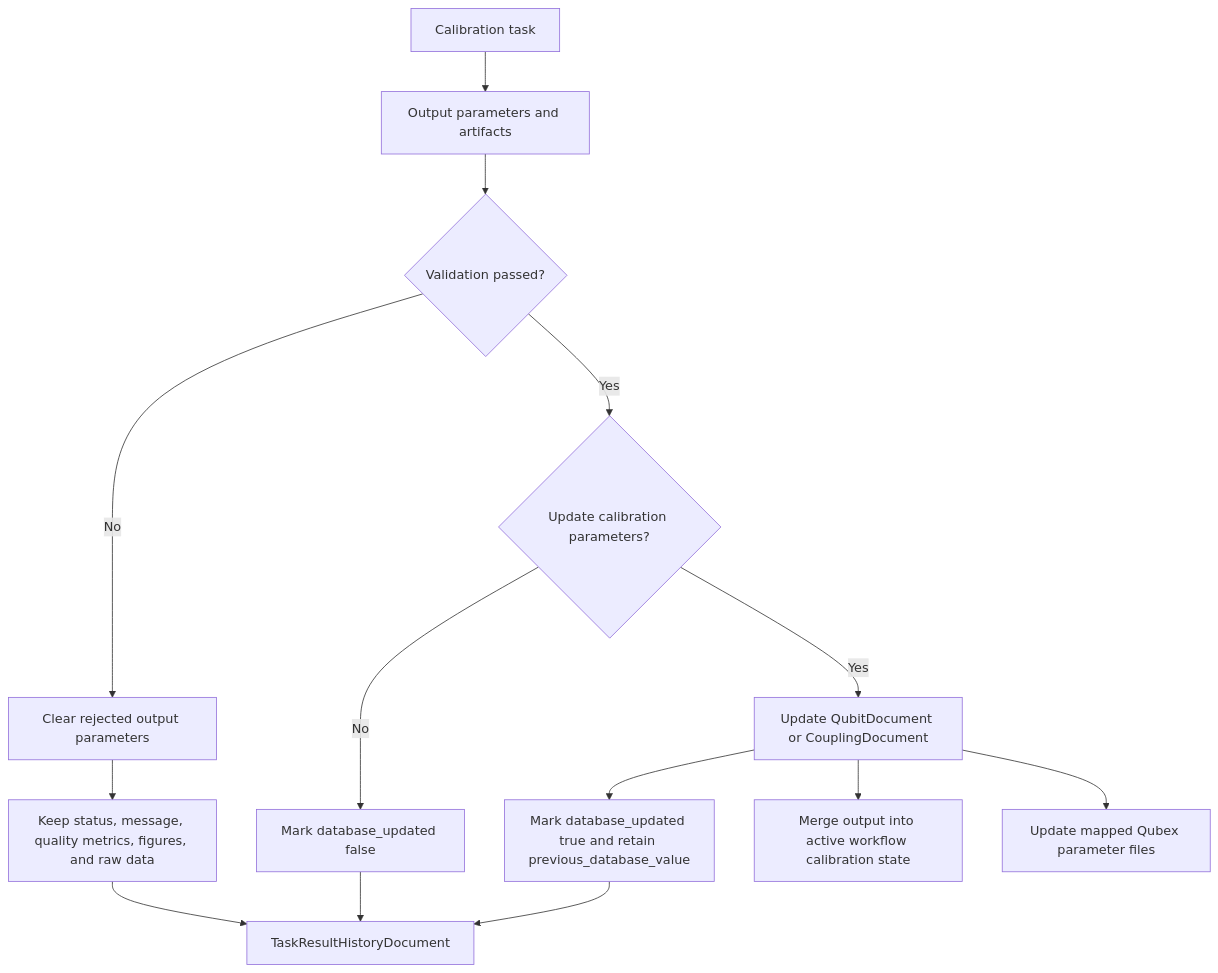
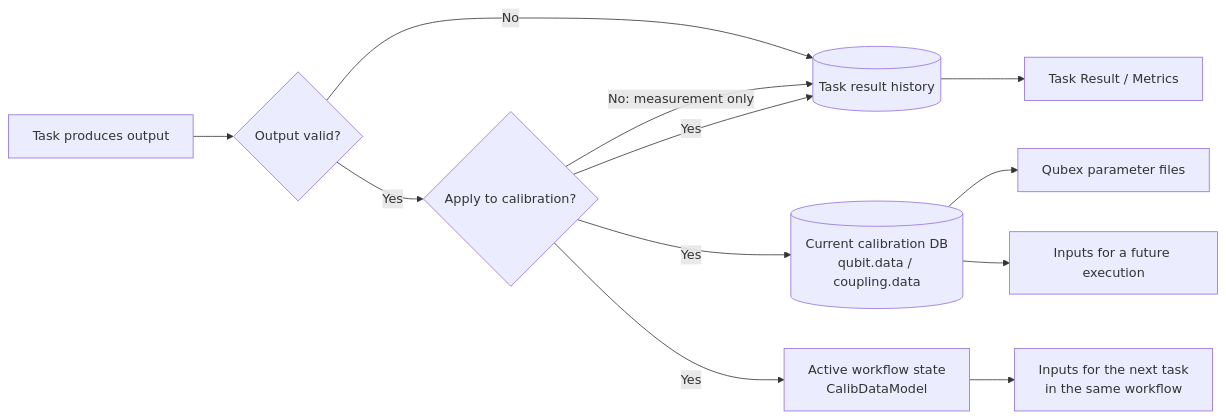
Before and after one commit to oqtopus-team/qdash: the first of 2 diagrams in docs/development/workflow/calibration-data-lifecycle.md, drawn with Mermaid. The commit also changed other lines of this file, not shown here.

Commit message:
docs(workflow): simplify calibration data diagrams

````diff
--- a/docs/development/workflow/calibration-data-lifecycle.md
+++ b/docs/development/workflow/calibration-data-lifecycle.md
@@ -31,17 +26,17 @@
 ```mermaid
-flowchart TD
-    A[Calibration task] --> B[Output parameters and artifacts]
-    B --> C{Validation passed?}
-    C -->|No| D[Clear rejected output parameters]
-    D --> E[Keep status, message, quality metrics, figures, and raw data]
-    E --> H[TaskResultHistoryDocument]
+flowchart LR
+    T[Task produces output] --> V{Output valid?}
 
-    C -->|Yes| P{Update calibration parameters?}
-    P -->|No| M[Mark database_updated false]
-    M --> H
-    P -->|Yes| Q[Update QubitDocument or CouplingDocument]
-    Q --> U[Mark database_updated true and retain previous_database_value]
-    U --> H
-    Q --> W[Merge output into active workflow calibration state]
-    Q --> Y[Update mapped Qubex parameter files]
+    V -->|No| H[(Task result history)]
+    V -->|Yes| A{Apply to calibration?}
+
+    A -->|No: measurement only| H
+    A -->|Yes| H
+    A -->|Yes| C[(Current calibration DB<br/>qubit.data / coupling.data)]
+    A -->|Yes| W[Active workflow state<br/>CalibDataModel]
+    C --> Y[Qubex parameter files]
+
+    H --> R[Task Result / Metrics]
+    C --> F[Inputs for a future execution]
+    W --> N[Inputs for the next task<br/>in the same workflow]
 ```
````
